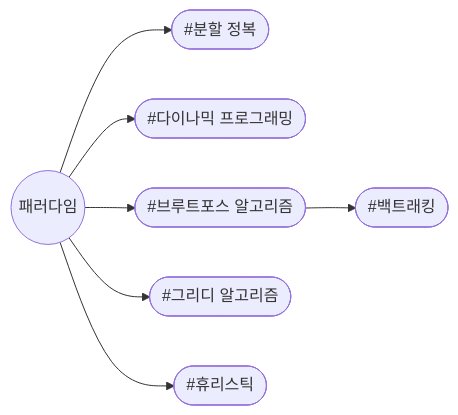
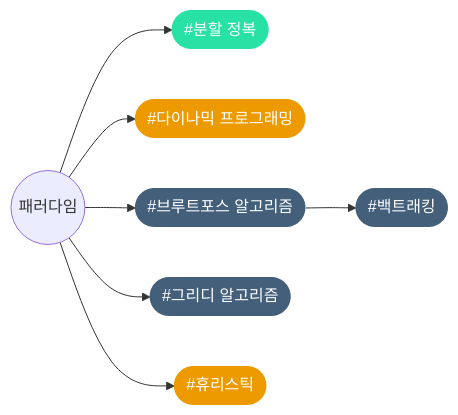
Before and after one commit to CHOYUNSIG/algorithm_with_boj: the first of 10 diagrams in index.md, drawn with Mermaid. The commit also changed other lines of this file and 2 other files, not shown here.

```diff
--- a/index.md
+++ b/index.md
@@ -13,19 +22,26 @@
 <pre class="mermaid">
     graph LR
     
     Paradigm --> #divide_and_conquer
     Paradigm --> #dp
     Paradigm --> #bruteforcing
     Paradigm --> #greedy
     Paradigm --> #heuristics
     #bruteforcing --> #backtracking
 
     Paradigm((패러다임))
 
-    #greedy(["#그리디 알고리즘"])
-    #dp(["#다이나믹 프로그래밍"])
-    #backtracking(["#백트래킹"])
-    #divide_and_conquer(["#분할 정복"])
-    #bruteforcing(["#브루트포스 알고리즘"])
-    #heuristics(["#휴리스틱"])
+    #greedy(["#그리디 알고리즘"]):::tier1
+    #dp(["#다이나믹 프로그래밍"]):::tier2
+    #backtracking(["#백트래킹"]):::tier1
+    #divide_and_conquer(["#분할 정복"]):::tier3
+    #bruteforcing(["#브루트포스 알고리즘"]):::tier1
+    #heuristics(["#휴리스틱"]):::tier2
+
+    classDef tier0 fill:#ad5600, color:#fff, stroke:#0000
+    classDef tier1 fill:#435f7a, color:#fff, stroke:#0000
+    classDef tier2 fill:#ec9a00, color:#fff, stroke:#0000
+    classDef tier3 fill:#27e2a4, color:#fff, stroke:#0000
+    classDef tier4 fill:#00b4fc, color:#fff, stroke:#0000
+    classDef tier5 fill:#ff0062, color:#fff, stroke:#0000
 </pre>
```
